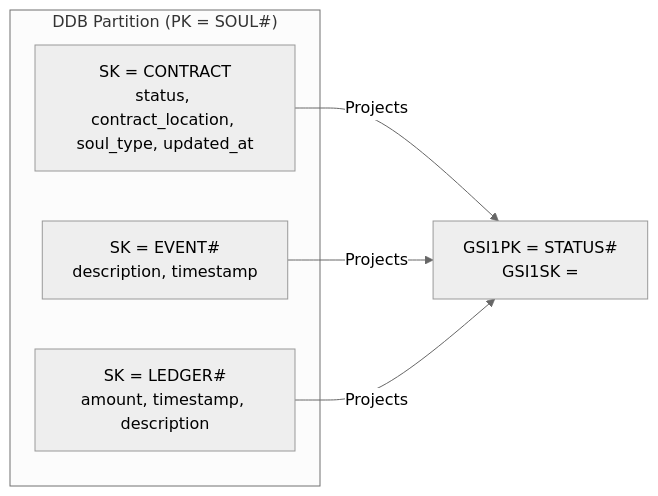
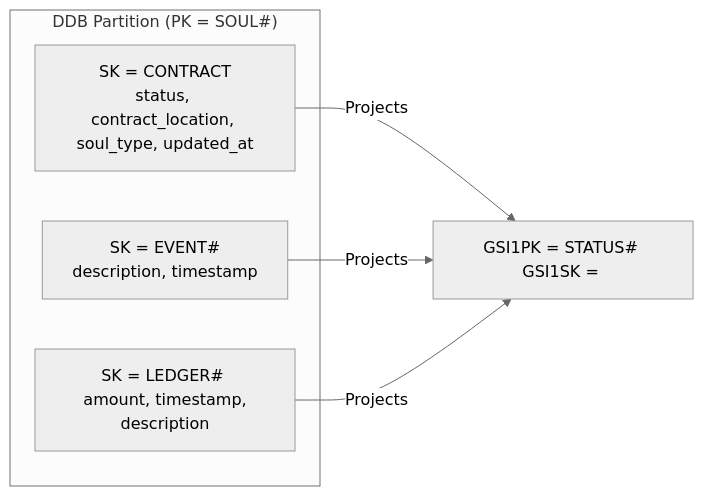
Before and after one commit to pchinjr/devil-you-nosql: the first of 4 diagrams in README.md, drawn with Mermaid (neutral theme).

Commit message:
test diagram

````diff
--- a/README.md
+++ b/README.md
@@ -30,12 +30,12 @@
 ```mermaid
 flowchart LR
     subgraph Partition ["DDB Partition (PK = SOUL#<soul_id>)"]
         Contract["SK = CONTRACT\nstatus, contract_location, soul_type, updated_at"]
-        Events["SK = EVENT#<timestamp>\ndescription, timestamp"]
-        Ledger["SK = LEDGER#<timestamp>\namount, timestamp, description"]
+        Events["SK = EVENT#<timestamp> \n description, timestamp"]
+        Ledger["SK = LEDGER#<timestamp> \n amount, timestamp, description"]
     end
 
-    Contract -->|Projects| GSI["GSI1PK = STATUS#<status>\nGSI1SK = <timestamp>"]
+    Contract -->|Projects| GSI["GSI1PK = STATUS#<status> GSI1SK = <timestamp>"]
     Events -->|Projects| GSI
     Ledger -->|Projects| GSI
 ```
````
